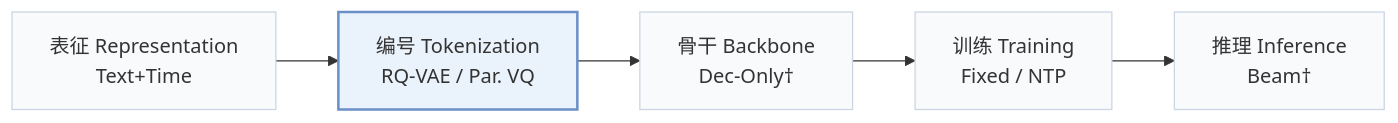
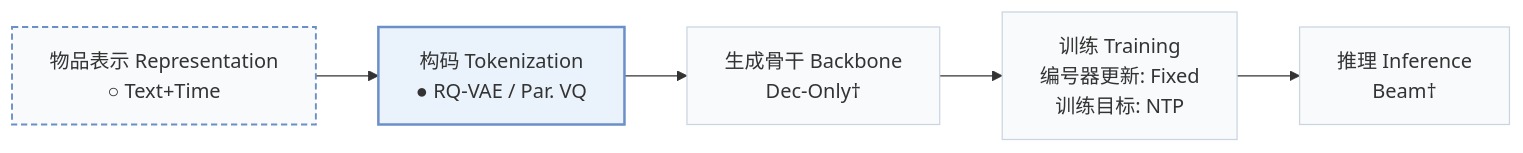
Before and after one commit to Galaxy-ghost/Awesome-SID-Generative-Rec: the first of 2 diagrams in pages/zh/papers/chronoid.md, drawn with Mermaid. The commit also changed other lines of this file and 558 other files, not shown here.

````diff
--- a/pages/zh/papers/chronoid.md
+++ b/pages/zh/papers/chronoid.md
@@ -15,8 +18,10 @@
 ```mermaid
 flowchart LR
-    R["表征 Representation<br/>Text+Time"] --> T["编号 Tokenization<br/>RQ-VAE / Par. VQ"] --> B["骨干 Backbone<br/>Dec-Only†"] --> TR["训练 Training<br/>Fixed / NTP"] --> I["推理 Inference<br/>Beam†"]
+    R["物品表示 Representation<br/>○ Text+Time"] --> T["构码 Tokenization<br/>● RQ-VAE / Par. VQ"] --> B["生成骨干 Backbone<br/>Dec-Only†"] --> TR["训练 Training<br/>编号器更新: Fixed<br/>训练目标: NTP"] --> I["推理 Inference<br/>Beam†"]
     classDef base fill:#f8fafc,stroke:#cbd5e1
     class R,T,B,TR,I base
+    classDef other fill:#f8fafc,stroke:#6b8fc7,stroke-width:1.5px,stroke-dasharray:5 3
+    class R other
     classDef main fill:#eaf2fb,stroke:#6b8fc7,stroke-width:2px
     class T main
 ```
````
